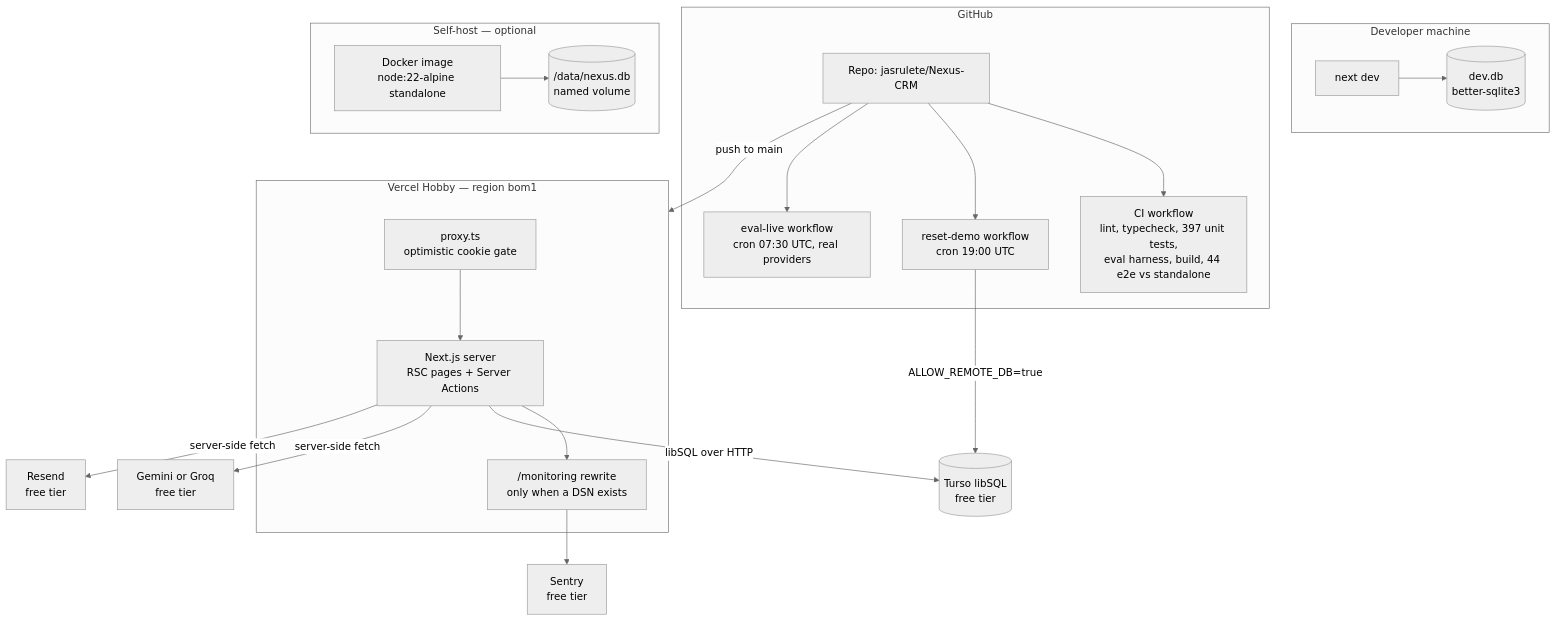
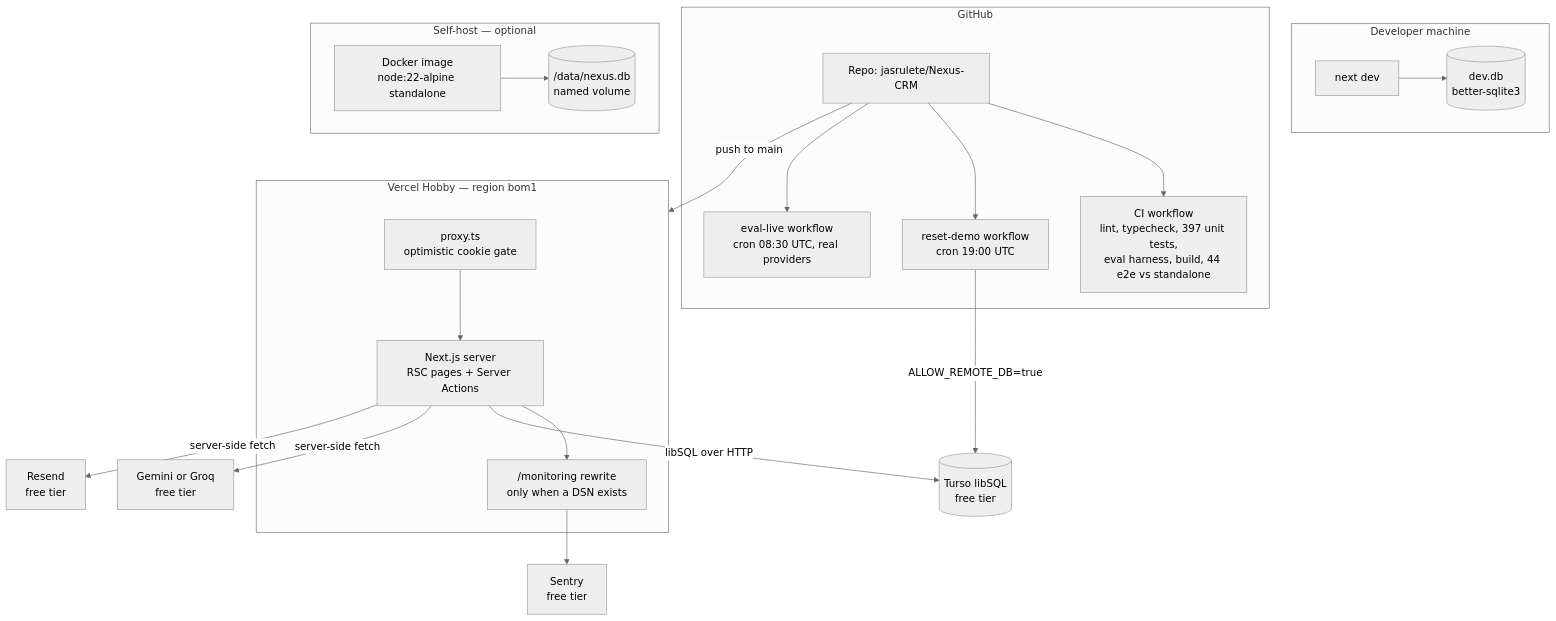
One commit to jasrulete/Nexus-CRM changed the first of 2 diagrams in docs/TECHNICAL-DESIGN.md. Above: the diagram before and after it, drawn with Mermaid (neutral theme). The commit also changed 2 other files, not shown here.

First paragraph of the commit message:
ci(eval-live): after the reset in both halves of the year, and sized to fit the day
Two corrections from the pre-merge review, plus the fact that settles the
diagnosis.

````diff
--- a/docs/TECHNICAL-DESIGN.md
+++ b/docs/TECHNICAL-DESIGN.md
@@ -82,44 +82,44 @@
 ```mermaid
 flowchart TB
     subgraph dev["Developer machine"]
         NEXTDEV["next dev"]
         FILE[("dev.db<br/>better-sqlite3")]
         NEXTDEV --> FILE
     end
 
     subgraph gh["GitHub"]
         REPO["Repo: jasrulete/Nexus-CRM"]
         CI["CI workflow<br/>lint, typecheck, 397 unit tests,<br/>eval harness, build, 44 e2e vs standalone"]
         RESET["reset-demo workflow<br/>cron 19:00 UTC"]
-        EVAL["eval-live workflow<br/>cron 07:30 UTC, real providers"]
+        EVAL["eval-live workflow<br/>cron 08:30 UTC, real providers"]
         REPO --> CI
         REPO --> RESET
         REPO --> EVAL
     end
 
     subgraph vercel["Vercel Hobby — region bom1"]
         PROXY["proxy.ts<br/>optimistic cookie gate"]
         APP["Next.js server<br/>RSC pages + Server Actions"]
         TUNNEL["/monitoring rewrite<br/>only when a DSN exists"]
         PROXY --> APP
         APP --> TUNNEL
     end
 
     subgraph selfhost["Self-host — optional"]
         DOCKER["Docker image<br/>node:22-alpine standalone"]
         VOL[("/data/nexus.db<br/>named volume")]
         DOCKER --> VOL
     end
 
     TURSO[("Turso libSQL<br/>free tier")]
     AI["Gemini or Groq<br/>free tier"]
     RESEND["Resend<br/>free tier"]
     SENTRY["Sentry<br/>free tier"]
 
     REPO -- "push to main" --> vercel
     APP -- "libSQL over HTTP" --> TURSO
     RESET -- "ALLOW_REMOTE_DB=true" --> TURSO
     APP -- "server-side fetch" --> AI
     APP -- "server-side fetch" --> RESEND
     TUNNEL --> SENTRY
 ```
````
